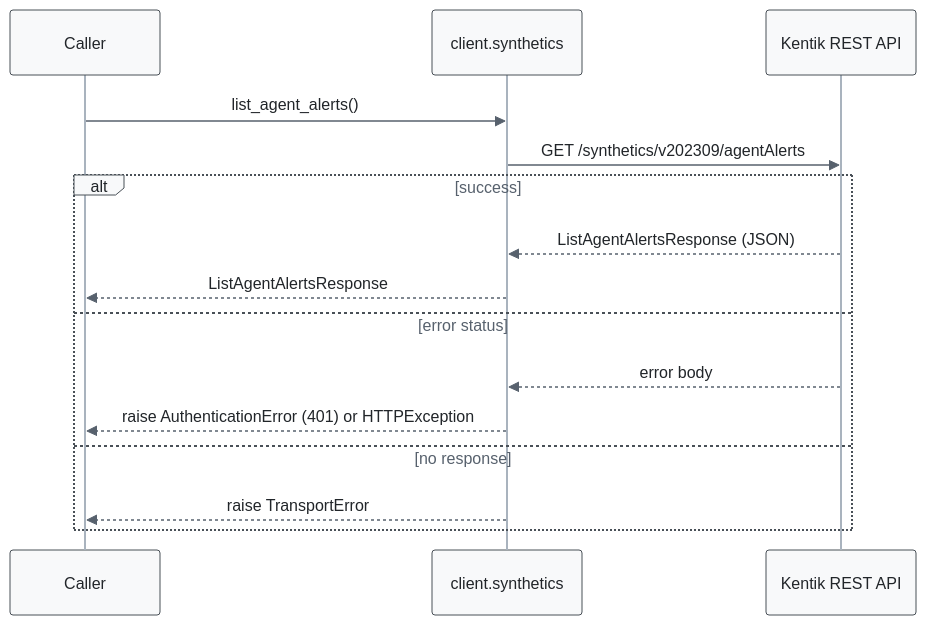
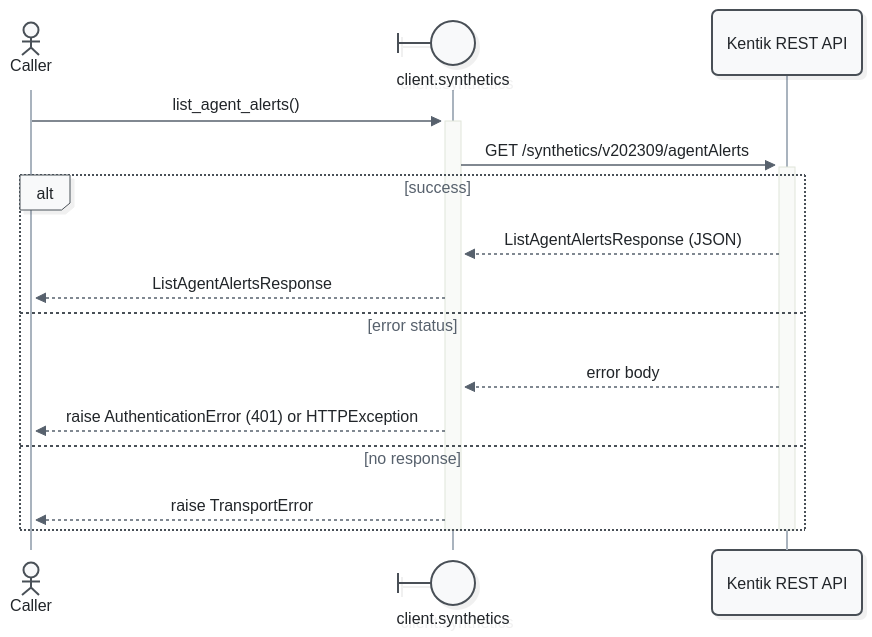
One commit to alexdearaujo/community_sdk_python changed the first of 37 diagrams in docs/sphinx/services/synthetics.md. Above: the diagram before and after it, drawn with Mermaid. The commit also changed other lines of this file and 52 other files, not shown here.

First line of the commit message:
docs: Mermaid 12 sequence diagrams with participant types and path colors

````diff
--- a/docs/sphinx/services/synthetics.md
+++ b/docs/sphinx/services/synthetics.md
@@ -35,19 +35,21 @@
 ```mermaid
-%%{init: {"theme": "base", "fontFamily": "ui-monospace, SFMono-Regular, Menlo, monospace", "themeVariables": {"fontFamily": "ui-monospace, SFMono-Regular, Menlo, monospace", "primaryColor": "#f8f9fa", "primaryBorderColor": "#495057", "primaryTextColor": "#212529", "textColor": "#212529", "lineColor": "#77818c", "edgeLabelBackground": "#ffffff", "actorBkg": "#f8f9fa", "actorBorder": "#495057", "actorTextColor": "#212529", "actorLineColor": "#a9b3be", "signalColor": "#57616d", "signalTextColor": "#212529", "labelBoxBkgColor": "#f8f9fa", "labelBoxBorderColor": "#495057", "labelTextColor": "#212529", "loopTextColor": "#57616d", "noteBkgColor": "#fff9db", "noteBorderColor": "#f08c00", "noteTextColor": "#a35a00"}, "flowchart": {"curve": "step", "nodeSpacing": 30, "rankSpacing": 70, "wrappingWidth": 400}}}%%
+%%{init: {"theme": "redux", "look": "neo", "layout": "dagre", "fontFamily": "ui-monospace, SFMono-Regular, Menlo, monospace", "themeVariables": {"fontFamily": "ui-monospace, SFMono-Regular, Menlo, monospace", "primaryColor": "#f8f9fa", "primaryBorderColor": "#495057", "primaryTextColor": "#212529", "textColor": "#212529", "lineColor": "#77818c", "edgeLabelBackground": "#ffffff", "actorBkg": "#f8f9fa", "actorBorder": "#495057", "actorTextColor": "#212529", "actorLineColor": "#a9b3be", "signalColor": "#57616d", "signalTextColor": "#212529", "labelBoxBkgColor": "#f8f9fa", "labelBoxBorderColor": "#495057", "labelTextColor": "#212529", "loopTextColor": "#57616d", "noteBkgColor": "#fff9db", "noteBorderColor": "#f08c00", "noteTextColor": "#a35a00"}, "sequence": {"activationWidth": 16}, "flowchart": {"curve": "step", "nodeSpacing": 30, "rankSpacing": 70, "wrappingWidth": 400}}}%%
 sequenceDiagram
-    participant C as Caller
-    participant W as client.synthetics
+    actor C as Caller
+    participant W@{ "type": "boundary" } as client.synthetics
     participant API as Kentik REST API
 
-    C->>W: list_agent_alerts()
-    W->>API: GET /synthetics/v202309/agentAlerts
+    C->>+W: list_agent_alerts()
+    W->>+API: GET /synthetics/v202309/agentAlerts
     alt success
         API-->>W: ListAgentAlertsResponse (JSON)
         W-->>C: ListAgentAlertsResponse
     else error status
         API-->>W: error body
         W-->>C: raise AuthenticationError (401) or HTTPException
     else no response
         W-->>C: raise TransportError
     end
+    deactivate API
+    deactivate W
 ```
````
